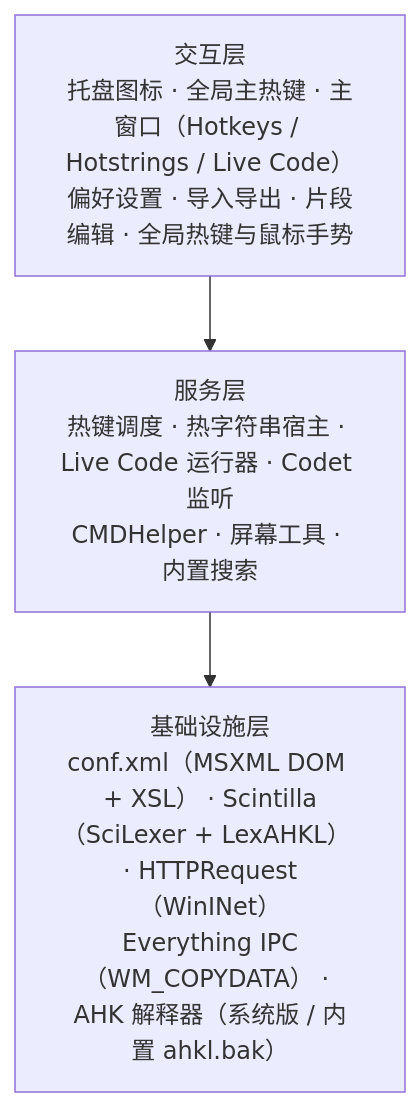
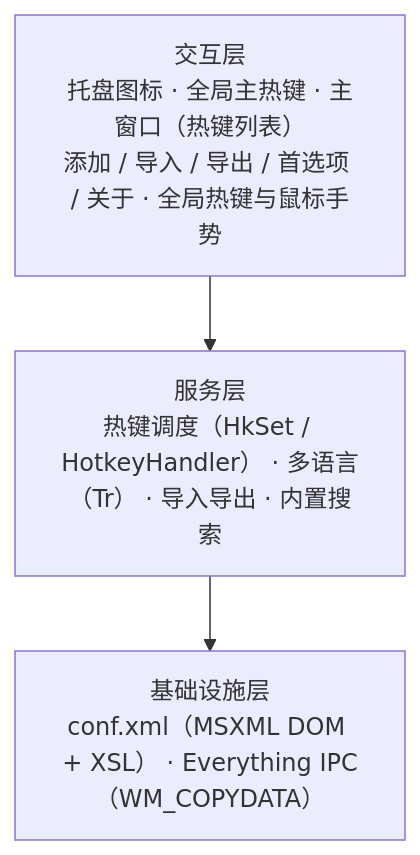
Before and after one commit to YinsitanAI/AHK-ToolKit: the third of 3 diagrams in README.md, drawn with Mermaid. The commit also changed other lines of this file, not shown here.

````diff
--- a/README.md
+++ b/README.md
@@ -508,7 +367,7 @@
 ```mermaid
 flowchart TB
-    UI["交互层<br/>托盘图标 · 全局主热键 · 主窗口（Hotkeys / Hotstrings / Live Code）<br/>偏好设置 · 导入导出 · 片段编辑 · 全局热键与鼠标手势"]
-    SVC["服务层<br/>热键调度 · 热字符串宿主 · Live Code 运行器 · Codet 监听<br/>CMDHelper · 屏幕工具 · 内置搜索"]
-    INF["基础设施层<br/>conf.xml（MSXML DOM + XSL） · Scintilla（SciLexer + LexAHKL） · HTTPRequest（WinINet）<br/>Everything IPC（WM_COPYDATA） · AHK 解释器（系统版 / 内置 ahkl.bak）"]
+    UI["交互层<br/>托盘图标 · 全局主热键 · 主窗口（热键列表）<br/>添加 / 导入 / 导出 / 首选项 / 关于 · 全局热键与鼠标手势"]
+    SVC["服务层<br/>热键调度（HkSet / HotkeyHandler） · 多语言（Tr） · 导入导出 · 内置搜索"]
+    INF["基础设施层<br/>conf.xml（MSXML DOM + XSL） · Everything IPC（WM_COPYDATA）"]
     UI --> SVC --> INF
 ```
````
